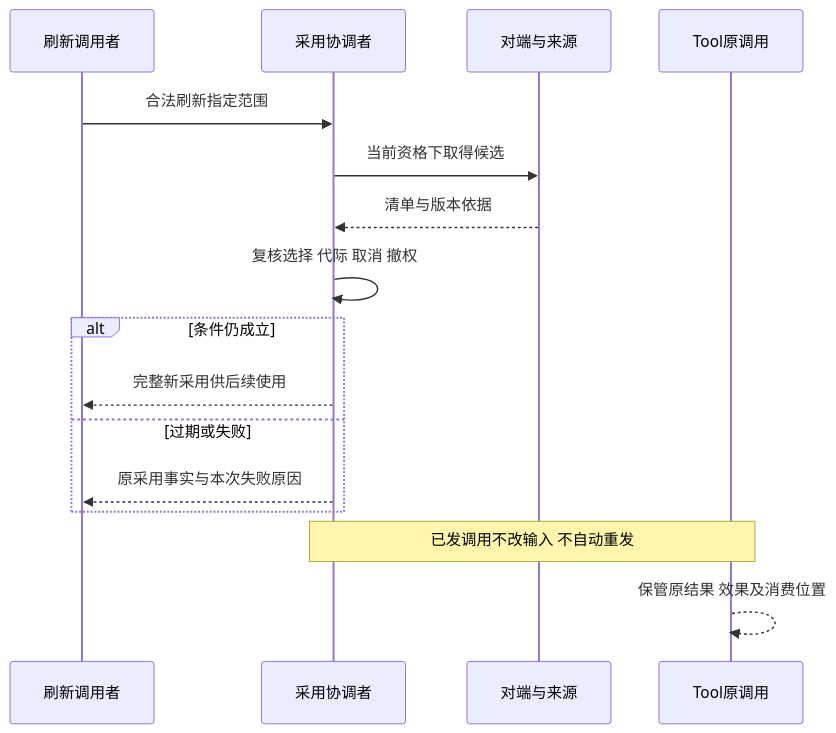
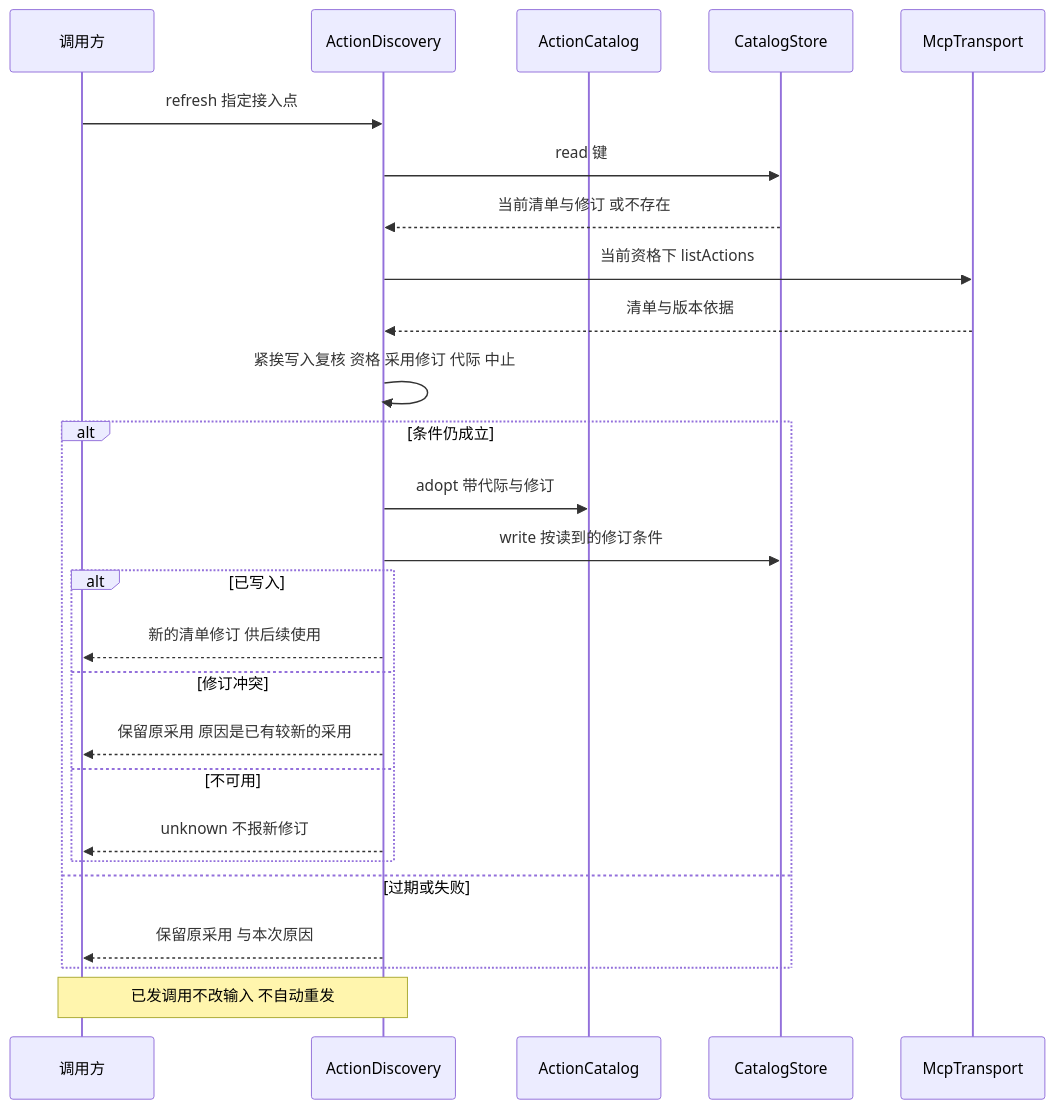
One commit to nemori-ai/omne-harness-lite changed the second of 3 diagrams in packages/mcp/docs/key-flows.md. Above: the diagram before and after it, drawn with Mermaid. The commit also changed other lines of this file and 771 other files, not shown here.

````diff
--- a/packages/mcp/docs/key-flows.md
+++ b/packages/mcp/docs/key-flows.md
@@ -30,18 +72,28 @@
 ```mermaid
 sequenceDiagram
-    participant C as 刷新调用者
-    participant A as 采用协调者
-    participant P as 对端与来源
-    participant T as Tool原调用
-    C->>A: 合法刷新指定范围
-    A->>P: 当前资格下取得候选
+    participant C as 调用方
+    participant A as ActionDiscovery
+    participant K as ActionCatalog
+    participant S as CatalogStore
+    participant P as McpTransport
+    C->>A: refresh 指定接入点
+    A->>S: read 键
+    S-->>A: 当前清单与修订 或不存在
+    A->>P: 当前资格下 listActions
     P-->>A: 清单与版本依据
-    A->>A: 复核选择 代际 取消 撤权
+    A->>A: 紧挨写入复核 资格 采用修订 代际 中止
     alt 条件仍成立
-        A-->>C: 完整新采用供后续使用
+        A->>K: adopt 带代际与修订
+        A->>S: write 按读到的修订条件
+        alt 已写入
+            A-->>C: 新的清单修订 供后续使用
+        else 修订冲突
+            A-->>C: 保留原采用 原因是已有较新的采用
+        else 不可用
+            A-->>C: unknown 不报新修订
+        end
     else 过期或失败
-        A-->>C: 原采用事实与本次失败原因
+        A-->>C: 保留原采用 与本次原因
     end
-    Note over A,T: 已发调用不改输入 不自动重发
-    T-->>T: 保管原结果 效果及消费位置
+    Note over A,C: 已发调用不改输入 不自动重发
 ```
````
